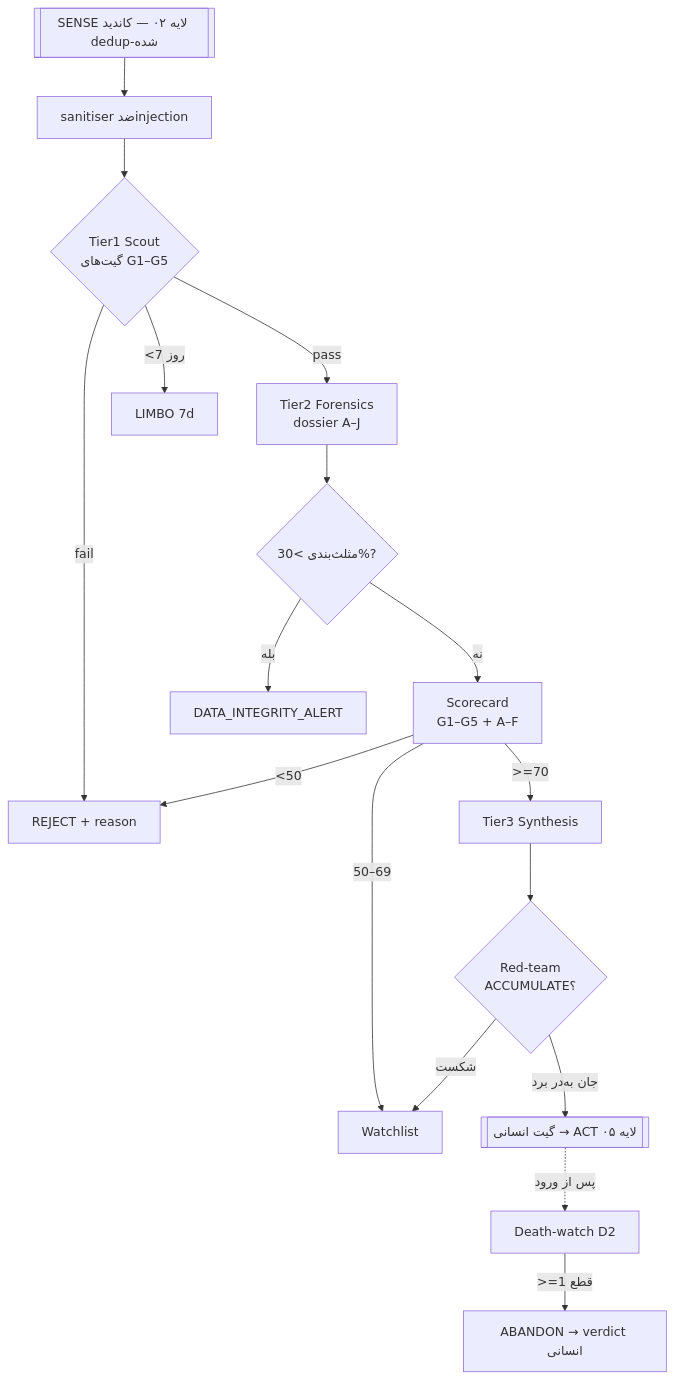
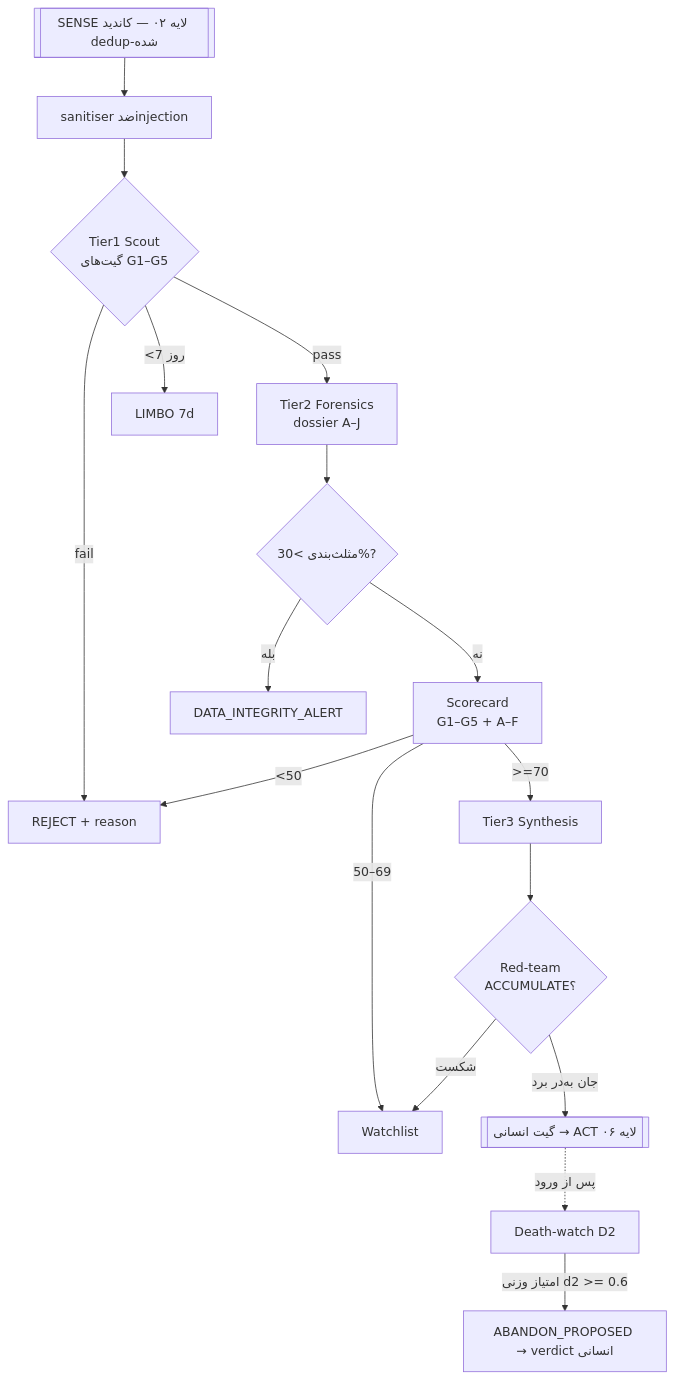
One commit to ari-OCTOPUS/ofn-node changed the diagram in 03 - Projects/Mining/01 - Docs/Coin-Hunter-Bot Architecture/03 - SCORE-Screening-and-Forensics.md. Above: the diagram before and after it, drawn with Mermaid. The commit also changed other lines of this file and 15 other files, not shown here.

````diff
--- a/03 - Projects/Mining/01 - Docs/Coin-Hunter-Bot Architecture/03 - SCORE-Screening-and-Forensics.md
+++ b/03 - Projects/Mining/01 - Docs/Coin-Hunter-Bot Architecture/03 - SCORE-Screening-and-Forensics.md
@@ -213,19 +222,19 @@
 ```mermaid
 flowchart TD
   SENSE[["SENSE لایه ۰۲ — کاندید dedup-شده"]] --> SAN[sanitiser ضدinjection]
   SAN --> T1{Tier1 Scout<br/>گیت‌های G1–G5}
   T1 -->|fail| REJ[REJECT + reason]
   T1 -->|<7 روز| LIMBO[LIMBO 7d]
   T1 -->|pass| T2[Tier2 Forensics<br/>dossier A–J]
   T2 --> TRI{مثلث‌بندی >30%?}
   TRI -->|بله| DIA[DATA_INTEGRITY_ALERT]
   TRI -->|نه| SC[Scorecard<br/>G1–G5 + A–F]
   SC -->|<50| REJ
   SC -->|50–69| WL[Watchlist]
   SC -->|>=70| T3[Tier3 Synthesis]
   T3 --> RT{Red-team<br/>ACCUMULATE؟}
   RT -->|شکست| WL
-  RT -->|جان به‌در برد| HG[[گیت انسانی → ACT لایه ۰۵]]
+  RT -->|جان به‌در برد| HG[[گیت انسانی → ACT لایه ۰۶]]
   HG -.->|پس از ورود| DW[Death-watch D2]
-  DW -->|>=1 قطع| ABND[ABANDON → verdict انسانی]
+  DW -->|امتیاز وزنی d2 >= 0.6| ABND[ABANDON_PROPOSED → verdict انسانی]
 ```
````
